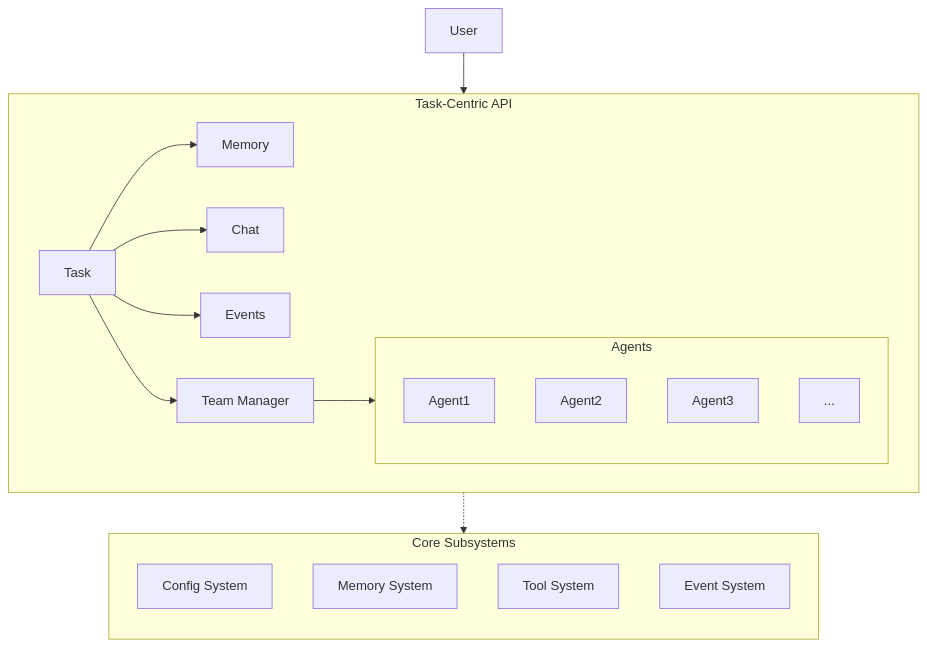
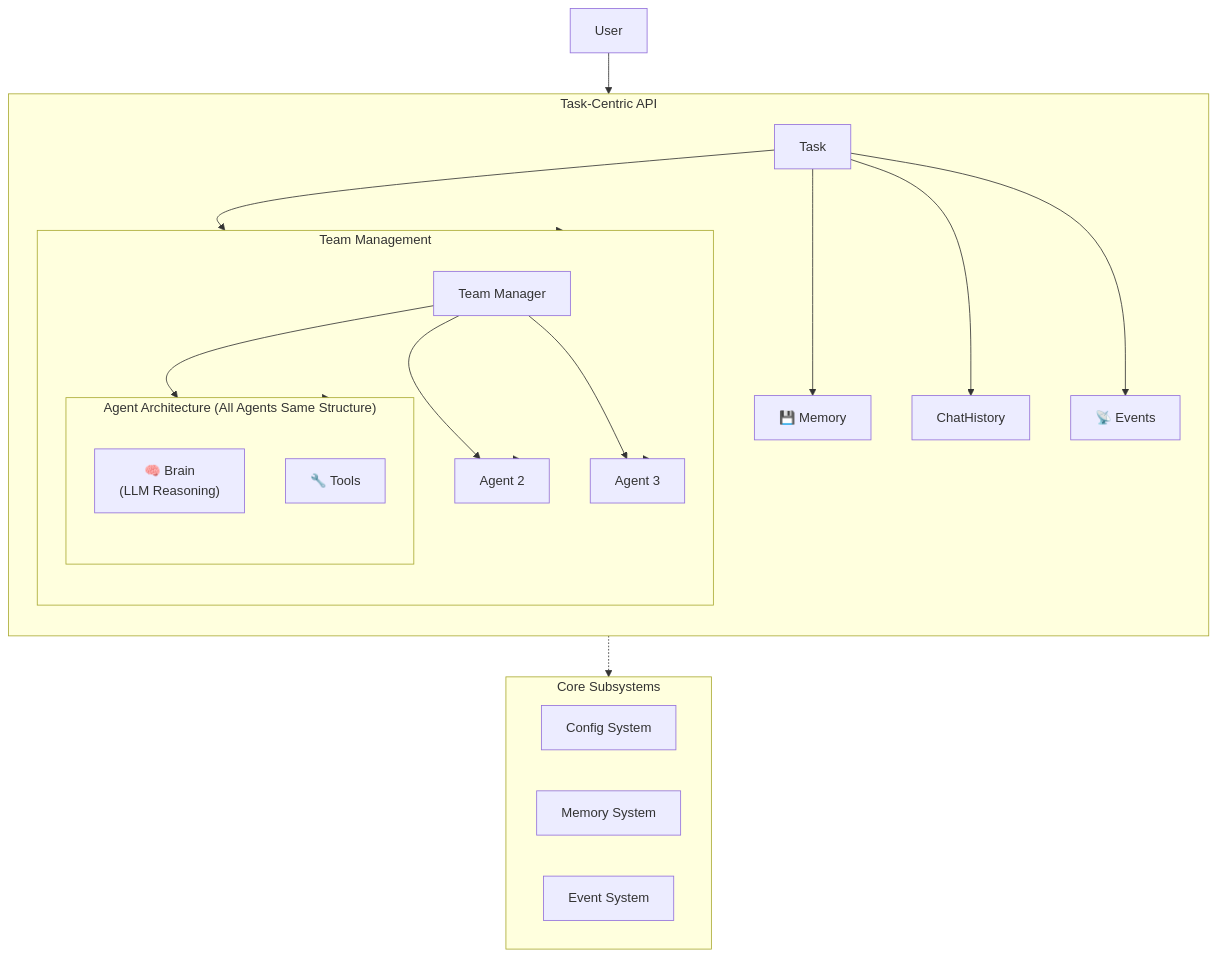
The diagram in README.md (dustland/roboco), drawn with Mermaid before and after one commit. The commit also changed other lines of this file and 70 other files, not shown here.

Commit message:
feat: update Roboco framework to version 0.8.0 with enhanced multi-agent capabilities, improved documentation, and integration of best-in-class tools for better performance and usability

````diff
--- a/README.md
+++ b/README.md
@@ -136,31 +135,41 @@
 ```mermaid
 flowchart TB
     User["User"] --> Task["Task"]
 
     subgraph TaskAPI["Task-Centric API"]
-        direction LR
+        direction TB
         Task --> Memory["Memory"]
-        Task --> Chat["Chat"]
+        Task --> Chat["ChatHistory"]
         Task --> Events["Events"]
-        Task --> Team["Team Manager"]
-    subgraph Agents["Agents"]
-        direction TB
-        A1["Agent1"]:::agent
-        A2["Agent2"]:::agent
-        A3["Agent3"]:::agent
-        A4["..."]:::agent
-    end
+        Task --> Team["Team"]
     end
 
-    Team --> Agents
+    subgraph Team["Team Management"]
+        direction TB
+        TeamMgr["Team Manager"] --> Agent1["Agent 1"]
+        TeamMgr --> Agent2["Agent 2"]
+        TeamMgr --> Agent3["Agent 3"]
+    end
+
+    subgraph Agent1["Agent Architecture (All Agents Same Structure)"]
+        direction TB
+        Brain["🧠 Brain<br/>(LLM Reasoning)"]
+        Tools["🔧 Tools"]
+        Memory["💾 Memory"]
+        Events["📡 Events"]
+    end
+
+    TaskAPI --> Team
+    Team --> Agent1
+    Team --> Agent2
+    Team --> Agent3
 
     subgraph CS["Core Subsystems"]
-        direction TB
+        direction LR
         Config["Config System"]:::sub
         MemSys["Memory System"]:::sub
-        Tool["Tool System"]:::sub
         EventSys["Event System"]:::sub
     end
 
     TaskAPI -.-> CS
 ```
````
